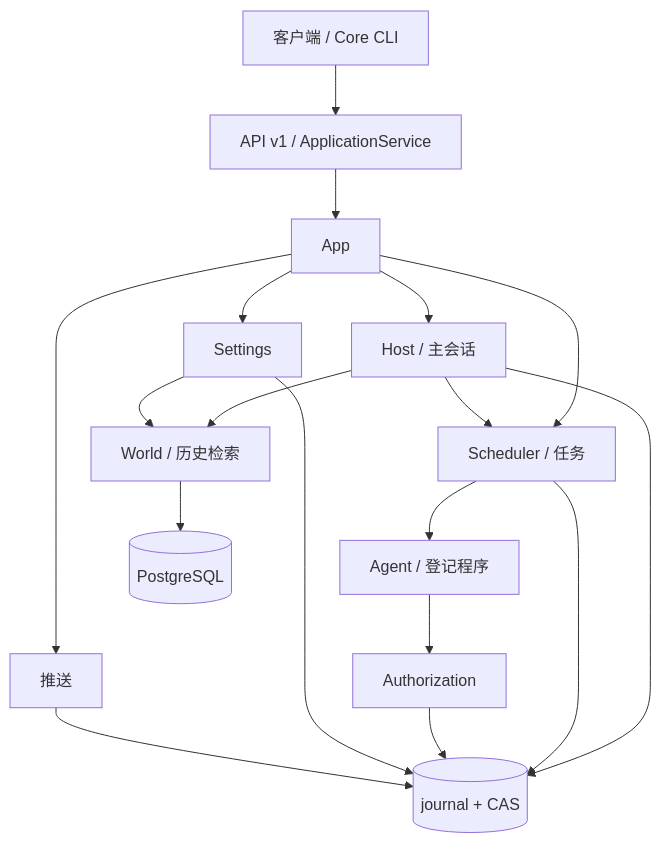
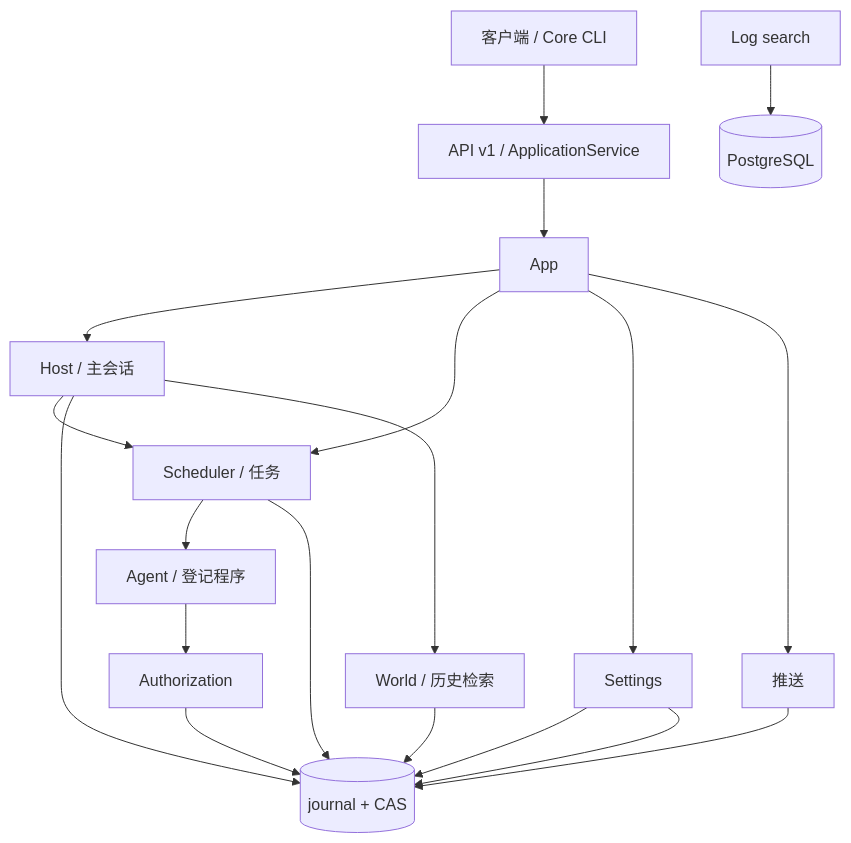
Before and after one commit to ExplodeCode6324/Secretary: the diagram in docs/architecture.md, drawn with Mermaid. The commit also changed other lines of this file and 140 other files, not shown here.

````diff
--- a/docs/architecture.md
+++ b/docs/architecture.md
@@ -5,20 +5,21 @@
 ```mermaid
 flowchart TD
   Client[客户端 / Core CLI] --> API[API v1 / ApplicationService]
   API --> App[App]
   App --> Host[Host / 主会话]
   App --> Scheduler[Scheduler / 任务]
   App --> Settings[Settings]
   App --> Push[推送]
   Host --> Scheduler
   Scheduler --> Executor[Agent / 登记程序]
   Executor --> Auth[Authorization]
   Host --> Store[(journal + CAS)]
   Scheduler --> Store
   Auth --> Store
   Settings --> Store
   Push --> Store
   Host --> World[World / 历史检索]
-  Settings --> World
-  World --> PG[(PostgreSQL)]
+  Settings --> Store
+  World --> Store
+  History[Log search] --> PG[(PostgreSQL)]
 ```
````
